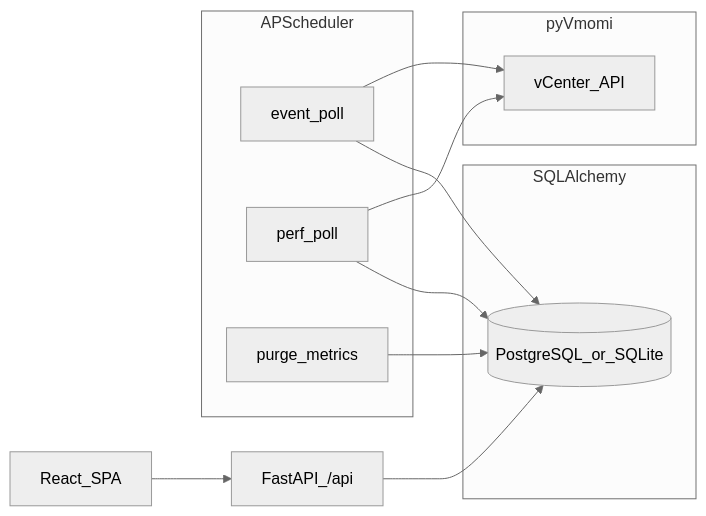
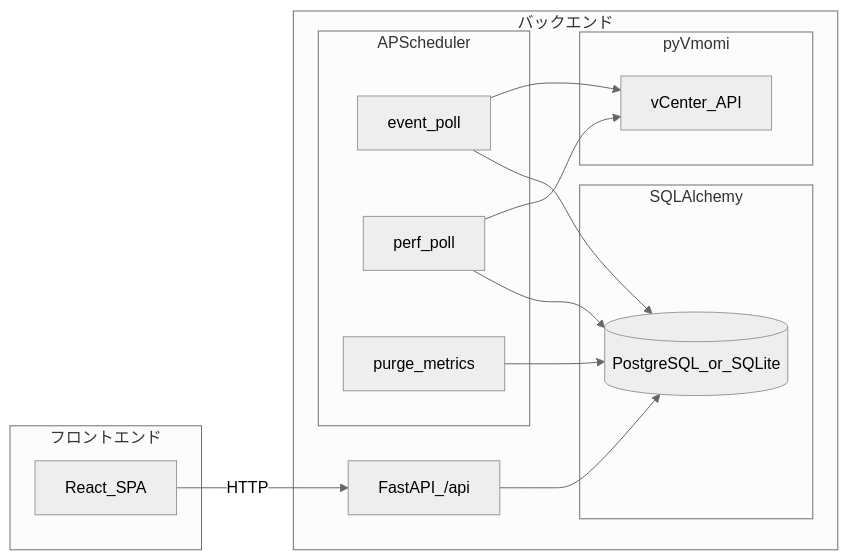
Before and after one commit to t-m0riyama/vcenter-event-assistant: the second of 2 diagrams in docs/architecture.md, drawn with Mermaid (neutral theme). The commit also changed other lines of this file and 1 other file, not shown here.

````diff
--- a/docs/architecture.md
+++ b/docs/architecture.md
@@ -27,23 +53,27 @@
 ```mermaid
 flowchart LR
-  subgraph sched [APScheduler]
-    evJob[event_poll]
-    perfJob[perf_poll]
-    purgeJob[purge_metrics]
+  subgraph fe [フロントエンド]
+    UI[React_SPA]
   end
-  subgraph vmomi [pyVmomi]
-    VC[vCenter_API]
+  subgraph be [バックエンド]
+    subgraph sched [APScheduler]
+      evJob[event_poll]
+      perfJob[perf_poll]
+      purgeJob[purge_metrics]
+    end
+    subgraph vmomi [pyVmomi]
+      VCnode[vCenter_API]
+    end
+    subgraph db [SQLAlchemy]
+      DB[(PostgreSQL_or_SQLite)]
+    end
+    API[FastAPI_/api]
   end
-  subgraph db [SQLAlchemy]
-    DB[(PostgreSQL_or_SQLite)]
-  end
-  API[FastAPI_/api]
-  UI[React_SPA]
-  evJob --> VC
-  perfJob --> VC
+  evJob --> VCnode
+  perfJob --> VCnode
   evJob --> DB
   perfJob --> DB
   purgeJob --> DB
   API --> DB
-  UI --> API
+  UI -->|HTTP| API
 ```
````
